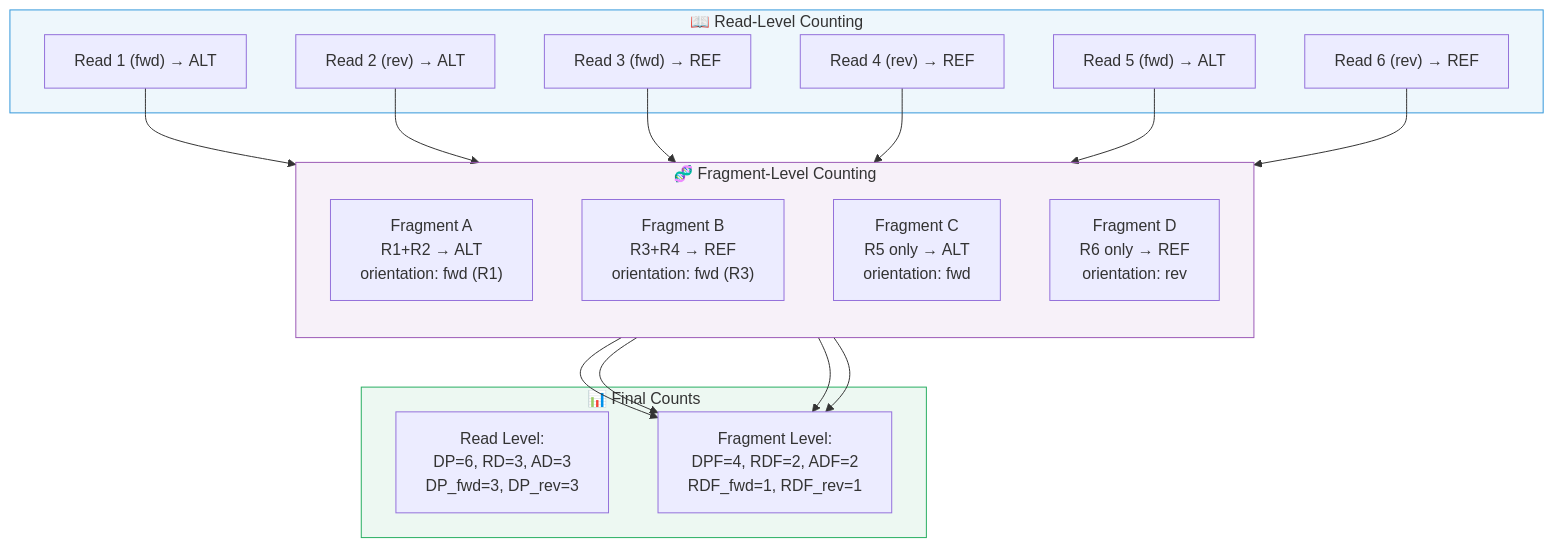
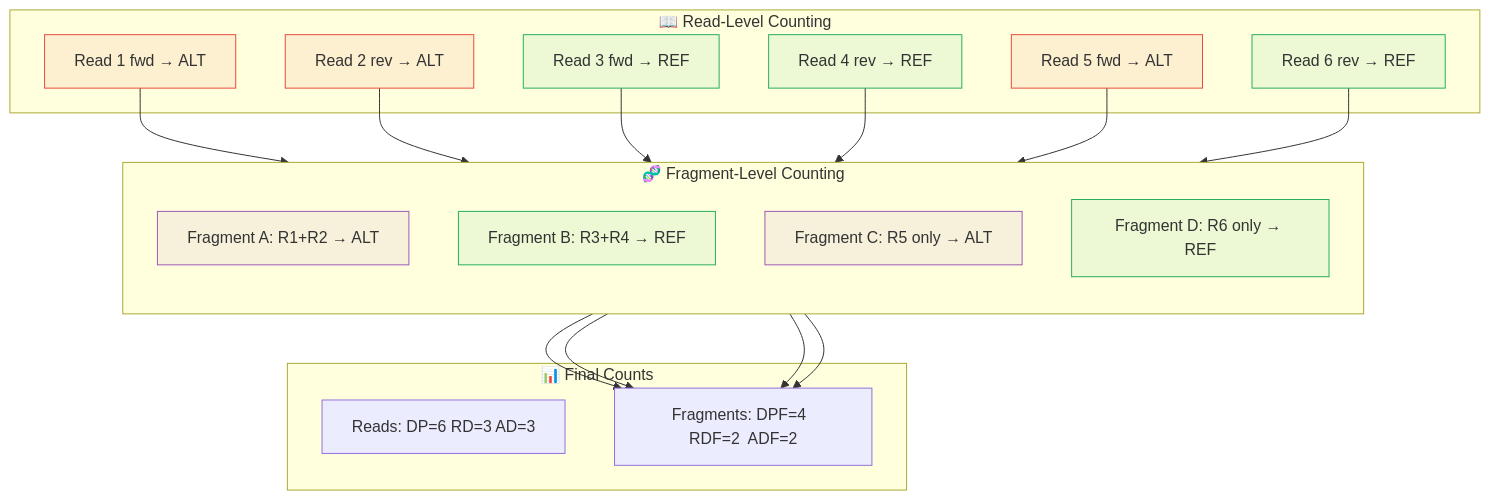
The eighth of 10 diagrams in docs/reference/variant-counting.md (msk-access/py-gbcms), drawn with Mermaid before and after one commit. The commit also changed other lines of this file and 2 other files, not shown here.

````diff
--- a/docs/reference/variant-counting.md
+++ b/docs/reference/variant-counting.md
@@ -467,40 +489,41 @@
 ```mermaid
 flowchart TD
-    subgraph ReadLevel["📖 Read-Level Counting"]
-        R1["Read 1 (fwd) → ALT"]
-        R2["Read 2 (rev) → ALT"]
-        R3["Read 3 (fwd) → REF"]
-        R4["Read 4 (rev) → REF"]
-        R5["Read 5 (fwd) → ALT"]
-        R6["Read 6 (rev) → REF"]
+    subgraph ReadLevel [📖 Read-Level Counting]
+        R1[Read 1 fwd → ALT]:::altread
+        R2[Read 2 rev → ALT]:::altread
+        R3[Read 3 fwd → REF]:::refread
+        R4[Read 4 rev → REF]:::refread
+        R5[Read 5 fwd → ALT]:::altread
+        R6[Read 6 rev → REF]:::refread
     end
 
-    subgraph FragLevel["🧬 Fragment-Level Counting"]
+    subgraph FragLevel [🧬 Fragment-Level Counting]
         direction TB
-        F1["Fragment A\nR1+R2 → ALT\norientation: fwd (R1)"]
-        F2["Fragment B\nR3+R4 → REF\norientation: fwd (R3)"]
-        F3["Fragment C\nR5 only → ALT\norientation: fwd"]
-        F4["Fragment D\nR6 only → REF\norientation: rev"]
+        F1[Fragment A: R1+R2 → ALT]:::altfrag
+        F2[Fragment B: R3+R4 → REF]:::reffrag
+        F3[Fragment C: R5 only → ALT]:::altfrag
+        F4[Fragment D: R6 only → REF]:::reffrag
     end
 
     R1 --> F1
     R2 --> F1
     R3 --> F2
     R4 --> F2
     R5 --> F3
     R6 --> F4
 
-    subgraph Results["📊 Final Counts"]
-        ReadCounts["Read Level:\nDP=6, RD=3, AD=3\nDP_fwd=3, DP_rev=3"]
-        FragCounts["Fragment Level:\nDPF=4, RDF=2, ADF=2\nRDF_fwd=1, RDF_rev=1"]
+    subgraph Results [📊 Final Counts]
+        ReadCounts[Reads: DP=6  RD=3  AD=3]
+        FragCounts[Fragments: DPF=4  RDF=2  ADF=2]
     end
 
     F1 --> FragCounts
     F2 --> FragCounts
     F3 --> FragCounts
     F4 --> FragCounts
 
-    style ReadLevel fill:#3498db15,stroke:#3498db
-    style FragLevel fill:#9b59b615,stroke:#9b59b6
-    style Results fill:#27ae6015,stroke:#27ae60
+    classDef altread fill:#e74c3c15,stroke:#e74c3c;
+    classDef refread fill:#27ae6015,stroke:#27ae60;
+    classDef altfrag fill:#9b59b615,stroke:#9b59b6;
+    classDef reffrag fill:#27ae6015,stroke:#27ae60;
 ```
````
